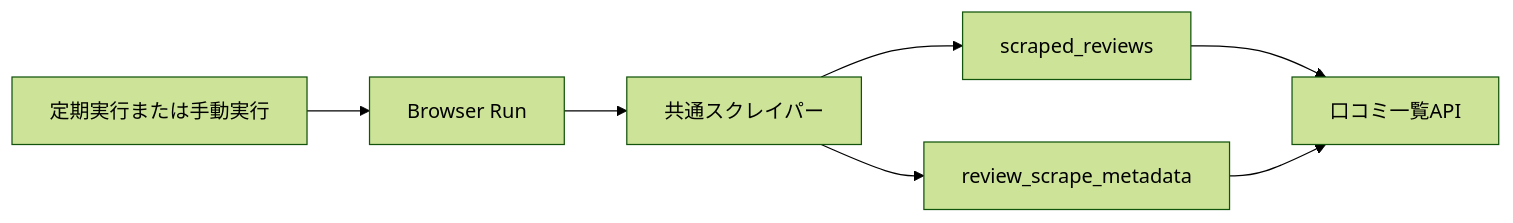
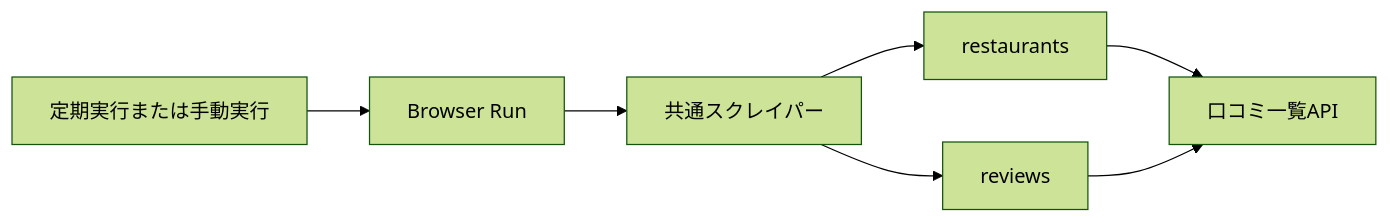
The diagram in DATABASE_DESIGN.md (kakami21/write-like-you), drawn with Mermaid (forest theme) before and after one commit. The commit also changed other lines of this file and 2 other files, not shown here.

````diff
--- a/DATABASE_DESIGN.md
+++ b/DATABASE_DESIGN.md
@@ -45,9 +44,9 @@
 ```mermaid
 flowchart LR
     C["定期実行または手動実行"] --> B["Browser Run"]
     B --> S["共通スクレイパー"]
-    S --> R["scraped_reviews"]
-    S --> M["review_scrape_metadata"]
-    R --> A["口コミ一覧API"]
-    M --> A
+    S --> T["restaurants"]
+    S --> R["reviews"]
+    T --> A["口コミ一覧API"]
+    R --> A
 ```
````
